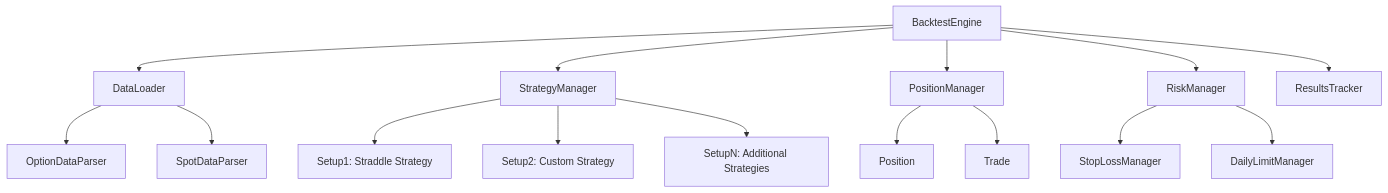
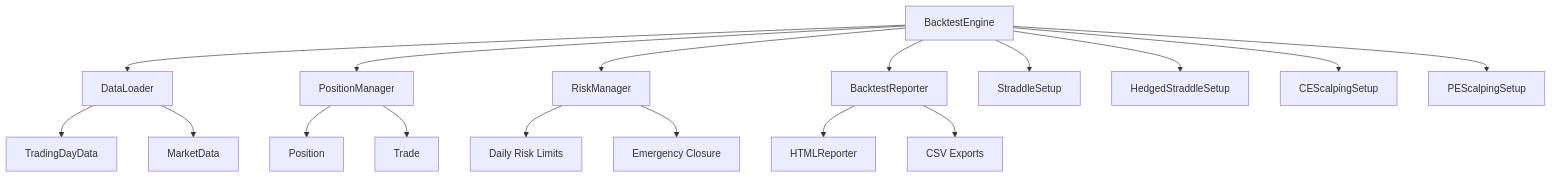
One commit to quatmohan/OloOption changed the diagram in .kiro/specs/options-backtesting-engine/design.md. Above: the diagram before and after it, drawn with Mermaid. The commit also changed other lines of this file and 2 other files, not shown here.

````diff
--- a/.kiro/specs/options-backtesting-engine/design.md
+++ b/.kiro/specs/options-backtesting-engine/design.md
@@ -11,21 +11,24 @@
 ```mermaid
 graph TD
     A[BacktestEngine] --> B[DataLoader]
-    A --> C[StrategyManager]
-    A --> D[PositionManager]
-    A --> E[RiskManager]
-    A --> F[ResultsTracker]
+    A --> C[PositionManager]
+    A --> D[RiskManager]
+    A --> E[BacktestReporter]
     
-    B --> G[OptionDataParser]
-    B --> H[SpotDataParser]
+    B --> F[TradingDayData]
+    B --> G[MarketData]
     
-    C --> I[Setup1: Straddle Strategy]
-    C --> J[Setup2: Custom Strategy]
-    C --> K[SetupN: Additional Strategies]
+    A --> H[StraddleSetup]
+    A --> I[HedgedStraddleSetup]
+    A --> J[CEScalpingSetup]
+    A --> K[PEScalpingSetup]
     
-    D --> L[Position]
-    D --> M[Trade]
+    C --> L[Position]
+    C --> M[Trade]
     
-    E --> N[StopLossManager]
-    E --> O[DailyLimitManager]
+    E --> N[HTMLReporter]
+    E --> O[CSV Exports]
+    
+    D --> P[Daily Risk Limits]
+    D --> Q[Emergency Closure]
 ```
````
